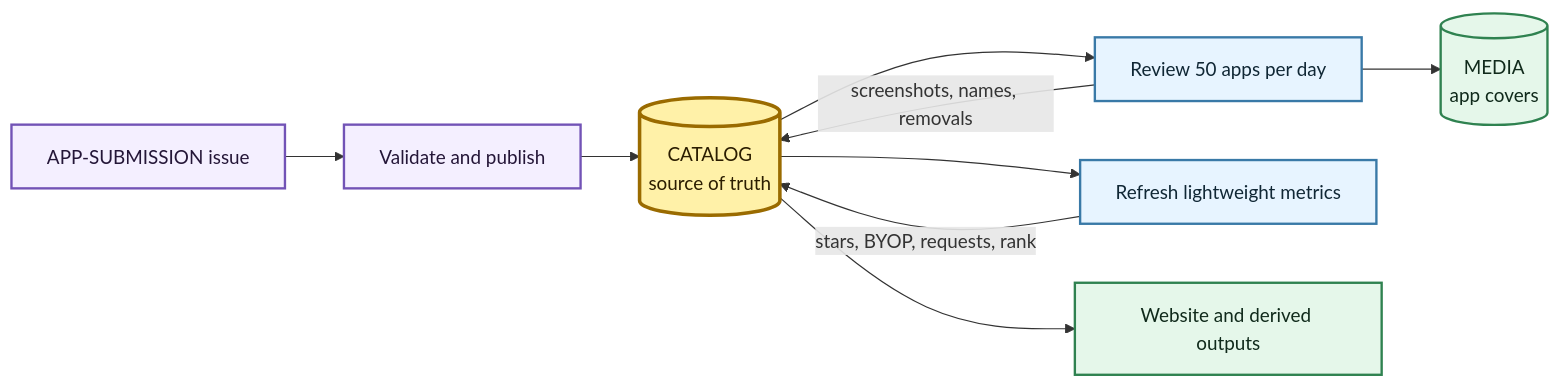
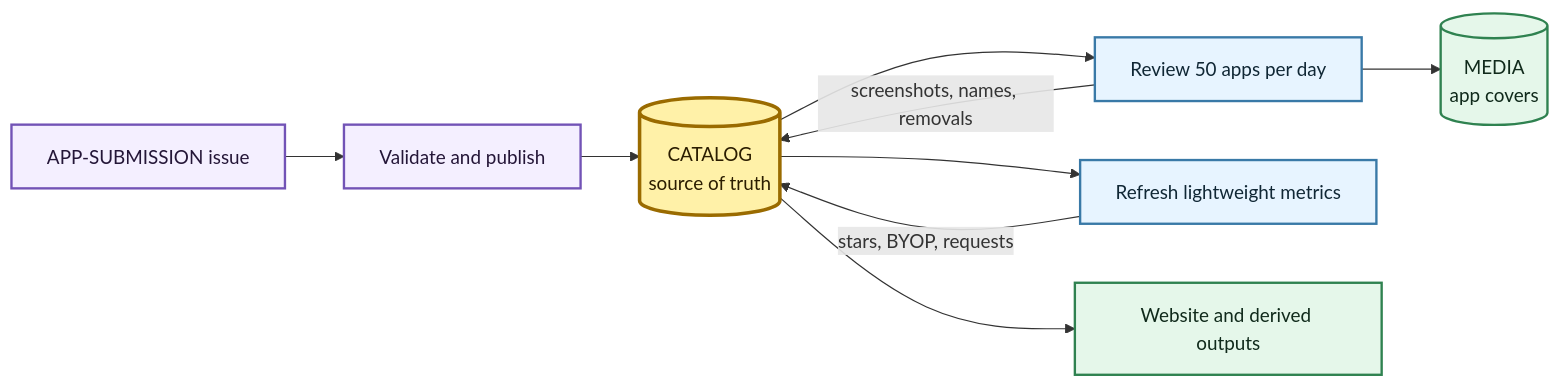
One commit to pollinations/pollinations changed the first of 4 diagrams in apps/app-management/PIPELINE.md. Above: the diagram before and after it, drawn with Mermaid. The commit also changed other lines of this file and 4 other files, not shown here.

````diff
--- a/apps/app-management/PIPELINE.md
+++ b/apps/app-management/PIPELINE.md
@@ -8,20 +8,20 @@
 ```mermaid
 flowchart LR
     S["APP-SUBMISSION issue"] --> I["Validate and publish"]
     I --> C[("CATALOG<br/>source of truth")]
     C --> M["Review 50 apps per day"]
     M -->|"screenshots, names, removals"| C
     M --> X[("MEDIA<br/>app covers")]
     C --> P["Refresh lightweight metrics"]
-    P -->|"stars, BYOP, requests, rank"| C
+    P -->|"stars, BYOP, requests"| C
     C --> O["Website and derived outputs"]
 
     classDef input fill:#f4efff,stroke:#7253b6,color:#241638,stroke-width:2px
     classDef catalog fill:#fff1a8,stroke:#9a6b00,color:#2b1d00,stroke-width:3px
     classDef work fill:#e7f4ff,stroke:#3979a7,color:#102735,stroke-width:2px
     classDef output fill:#e5f7ea,stroke:#2f8250,color:#102a1b,stroke-width:2px
     class S,I input
     class C catalog
     class M,P work
     class X,O output
 ```
````
